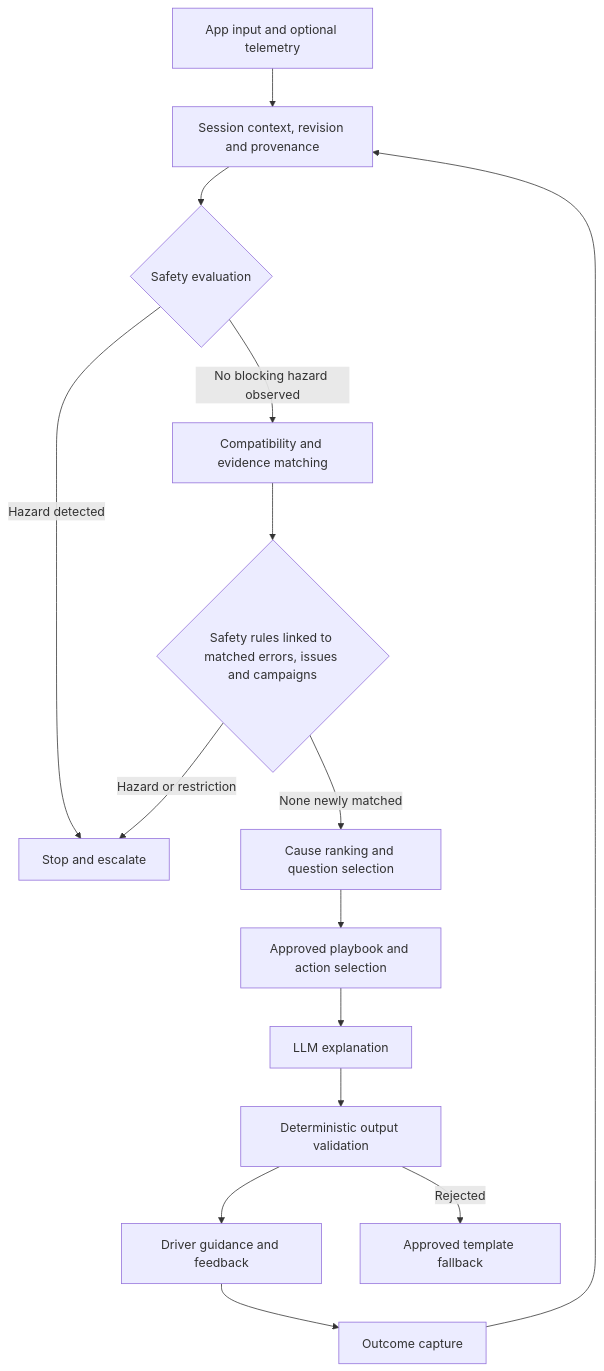
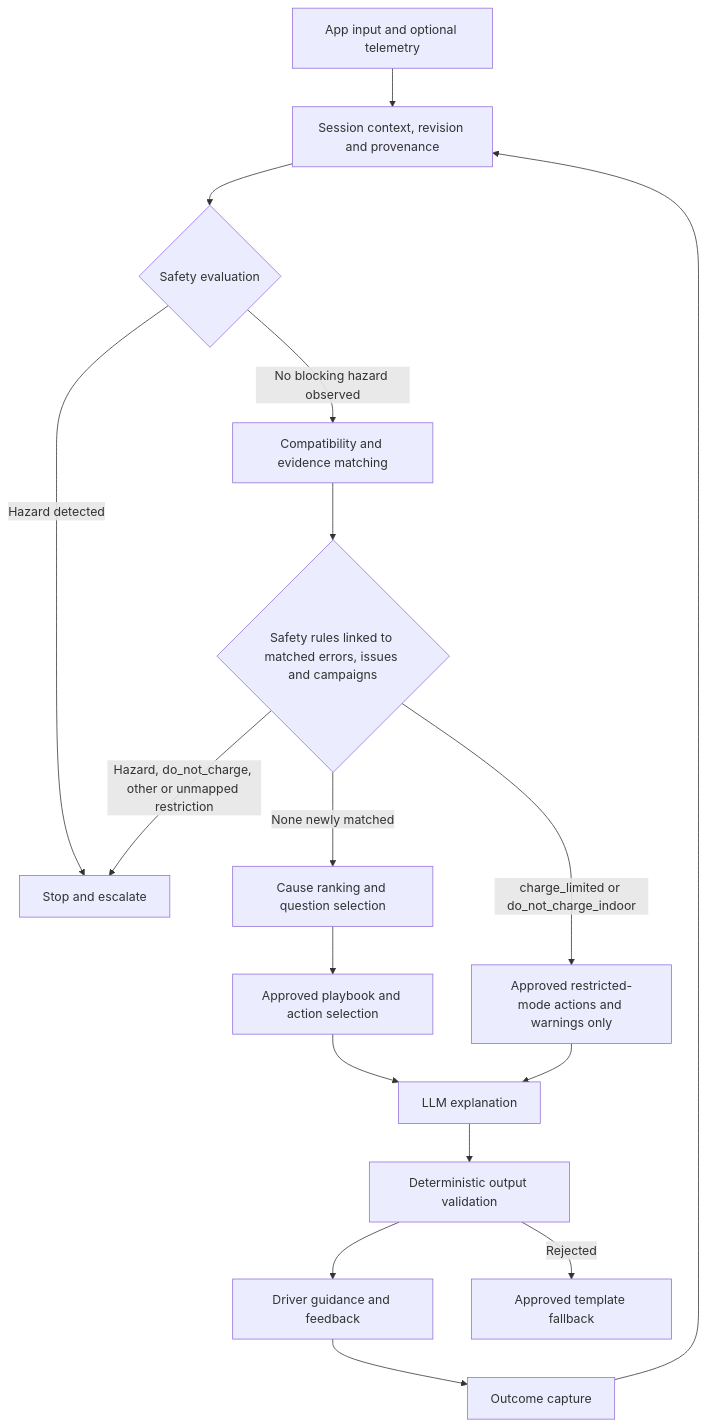
One commit to daelomin/multi-ai-workspace changed the diagram in projects/fuelbuddy/charging-diagnostic/spec.md. Above: the diagram before and after it, drawn with Mermaid. The commit also changed other lines of this file and 3 other files, not shown here.

````diff
--- a/projects/fuelbuddy/charging-diagnostic/spec.md
+++ b/projects/fuelbuddy/charging-diagnostic/spec.md
@@ -51,17 +51,19 @@
 ```mermaid
 flowchart TD
     A[App input and optional telemetry] --> B[Session context, revision and provenance]
     B --> C{Safety evaluation}
     C -->|Hazard detected| D[Stop and escalate]
     C -->|No blocking hazard observed| E[Compatibility and evidence matching]
     E --> E2{Safety rules linked to matched errors, issues and campaigns}
-    E2 -->|Hazard or restriction| D
+    E2 -->|Hazard, do_not_charge, other or unmapped restriction| D
+    E2 -->|charge_limited or do_not_charge_indoor| E3[Approved restricted-mode actions and warnings only]
     E2 -->|None newly matched| F[Cause ranking and question selection]
     F --> G[Approved playbook and action selection]
     G --> H[LLM explanation]
+    E3 --> H
     H --> I[Deterministic output validation]
     I --> J[Driver guidance and feedback]
     I -->|Rejected| K[Approved template fallback]
     J --> L[Outcome capture]
     L --> B
 ```
````
